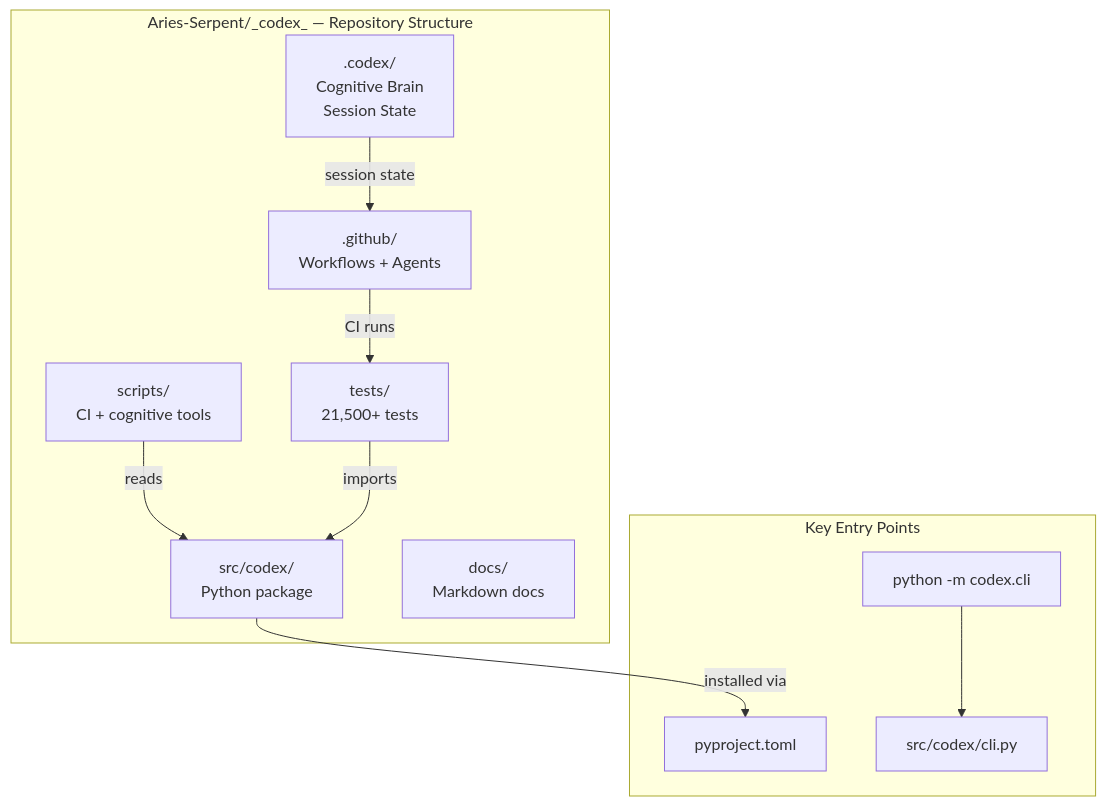
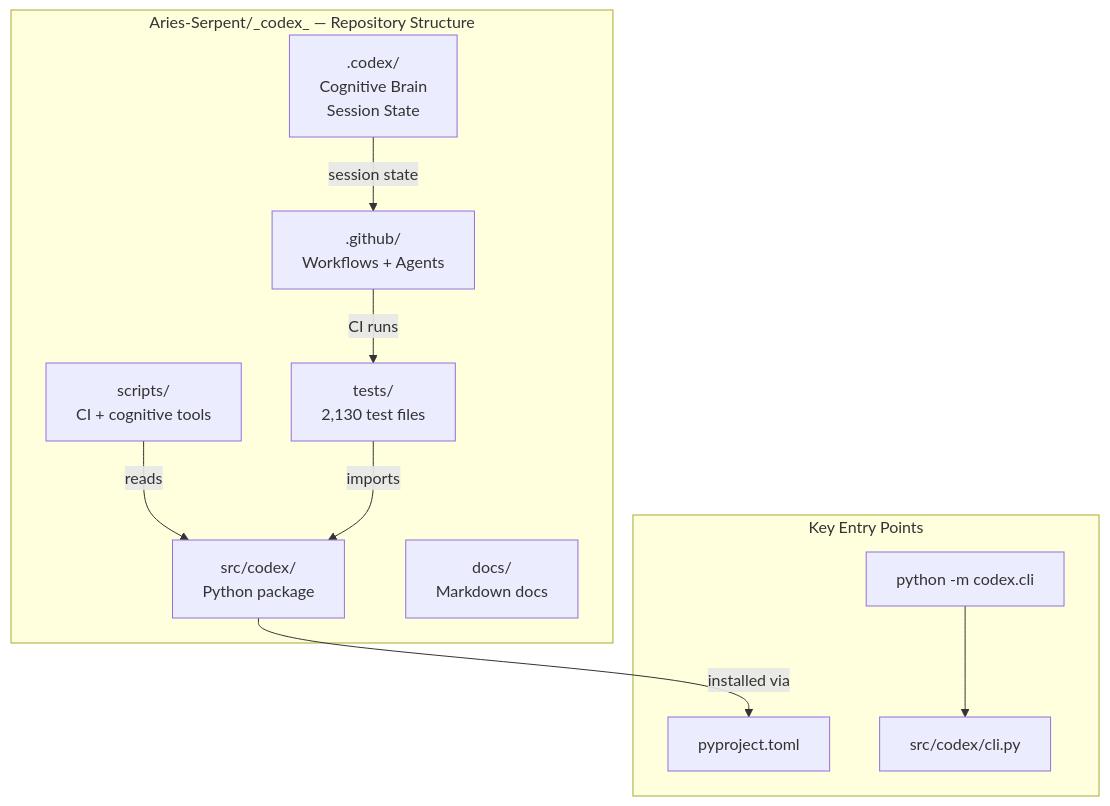
Before and after one commit to Aries-Serpent/_codex_: the first of 18 diagrams in docs/CODEBASE_MERMAID_MAPS.md, drawn with Mermaid. The commit also changed other lines of this file and 4 other files, not shown here.

Commit message:
docs: refresh mermaid diagrams and architecture docs to S1292 v1.4.0

````diff
--- a/docs/CODEBASE_MERMAID_MAPS.md
+++ b/docs/CODEBASE_MERMAID_MAPS.md
@@ -35,24 +36,24 @@
 ```mermaid
 graph TD
     subgraph "Aries-Serpent/_codex_ — Repository Structure"
         SRC[src/codex/\nPython package]
-        TESTS[tests/\n21,500+ tests]
+        TESTS[tests/\n2,130 test files]
         DOCS[docs/\nMarkdown docs]
         GITHUB[.github/\nWorkflows + Agents]
         CODEX[.codex/\nCognitive Brain\nSession State]
         SCRIPTS[scripts/\nCI + cognitive tools]
     end
 
     subgraph "Key Entry Points"
         CLI[python -m codex.cli]
         PYPROJ[pyproject.toml]
         MAIN[src/codex/cli.py]
     end
 
     SRC -->|installed via| PYPROJ
     CLI --> MAIN
     SCRIPTS -->|reads| SRC
     TESTS -->|imports| SRC
     GITHUB -->|CI runs| TESTS
     CODEX -->|session state| GITHUB
 ```
````
